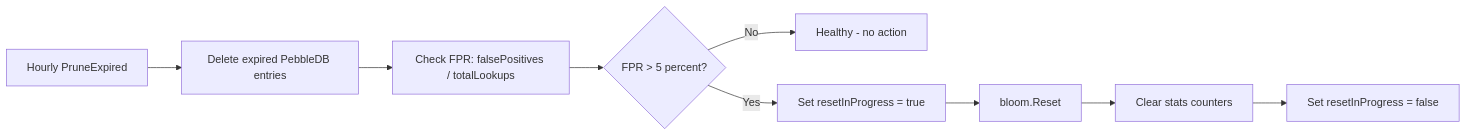
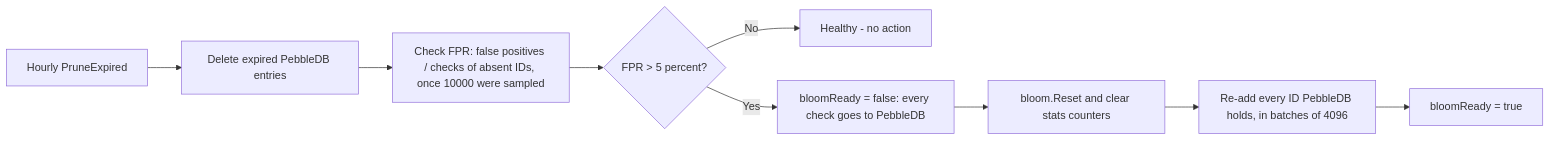
One commit to jatin711-debug/cronos_db_golang changed diagram 20 of 47 in ARCHITECTURE.md. Above: the diagram before and after it, drawn with Mermaid. The commit also changed other lines of this file and 28 other files, not shown here.

First line of the commit message:
docs: bring architecture, feature, design and contributor docs up to v0.11.0

````diff
--- a/ARCHITECTURE.md
+++ b/ARCHITECTURE.md
@@ -730,11 +771,11 @@
 ```mermaid
 flowchart LR
     A[Hourly PruneExpired] --> B[Delete expired PebbleDB entries]
-    B --> C[Check FPR: falsePositives / totalLookups]
+    B --> C[Check FPR: false positives / checks of absent IDs, once 10000 were sampled]
     C --> D{FPR > 5 percent?}
     D -->|No| E[Healthy - no action]
-    D -->|Yes| F[Set resetInProgress = true]
-    F --> G[bloom.Reset]
-    G --> H[Clear stats counters]
-    H --> I[Set resetInProgress = false]
+    D -->|Yes| F[bloomReady = false: every check goes to PebbleDB]
+    F --> G[bloom.Reset and clear stats counters]
+    G --> H[Re-add every ID PebbleDB holds, in batches of 4096]
+    H --> I[bloomReady = true]
 ```
````
